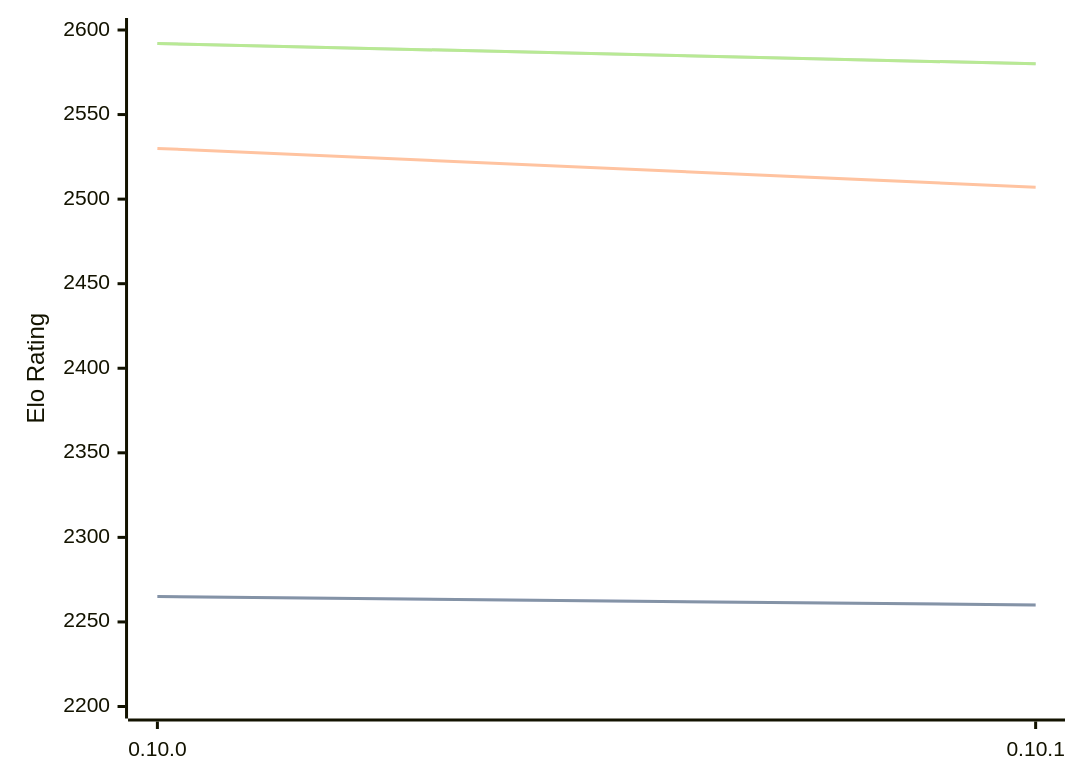
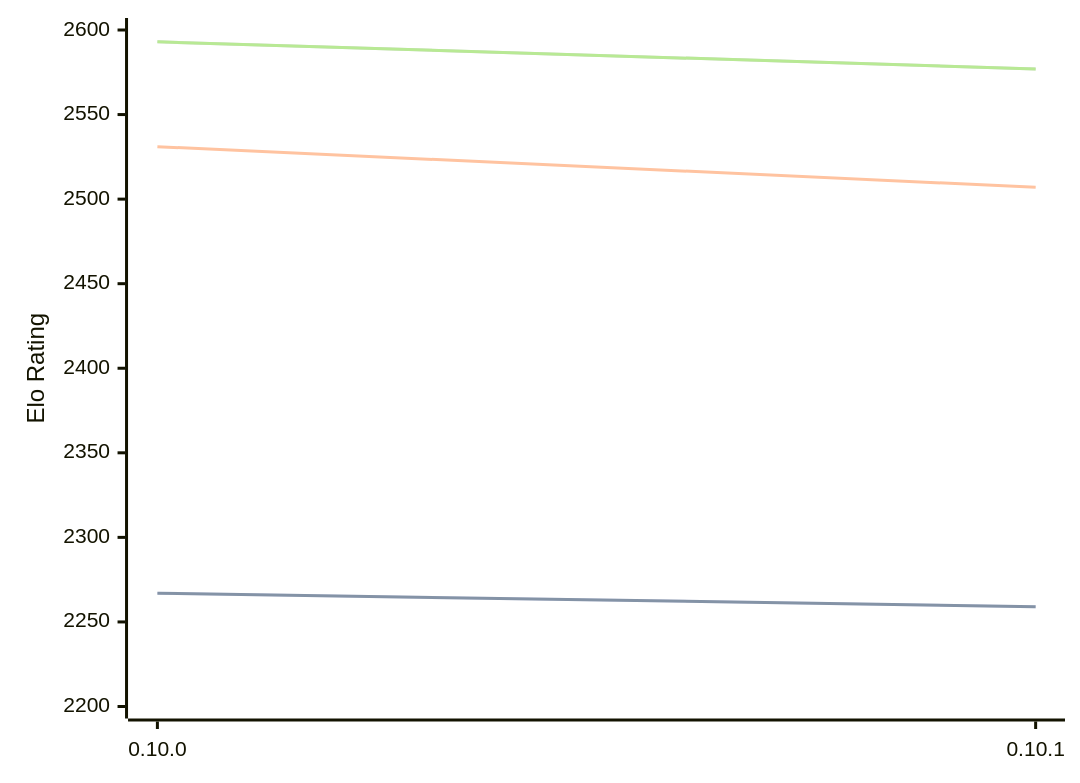
One commit to computer-chess-index/cci changed the diagram in engines/Fatalii.md. Above: the diagram before and after it, drawn with Mermaid. The commit also changed other lines of this file, not shown here.

Commit message:
Update CCI Ratings (ELO VLTC) - 2026-06-11

````diff
--- a/engines/Fatalii.md
+++ b/engines/Fatalii.md
@@ -46,11 +46,11 @@
 ```mermaid
 %%{init: {"theme":"base","themeVariables":{"seriesColors:['#a3a3a3','#222221','#faa371']}}}%%
 xychart-beta
   x-axis ["0.10.0", "0.10.1"]
   y-axis "Elo Rating" 2200 --> 2600
-  line "STC (8.0+0.08s)" [2265, 2260]
-  line "STC (8.0+0.08s)" [2265, 2260]
-  line "LTC (60.0+0.60s)" [2530, 2507]
-  line "VLTC (2m24s+1.12s)" [2592, 2580]
-  line "VLTC (2m24s+1.12s)" [2592, 2580]
+  line "STC (8.0+0.08s)" [2267, 2259]
+  line "STC (8.0+0.08s)" [2267, 2259]
+  line "LTC (60.0+0.60s)" [2531, 2507]
+  line "VLTC (2m24s+1.12s)" [2593, 2577]
+  line "VLTC (2m24s+1.12s)" [2593, 2577]
 ```
````
